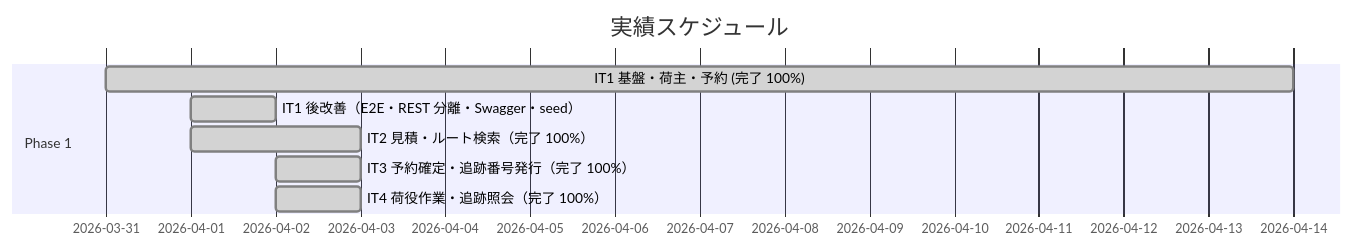
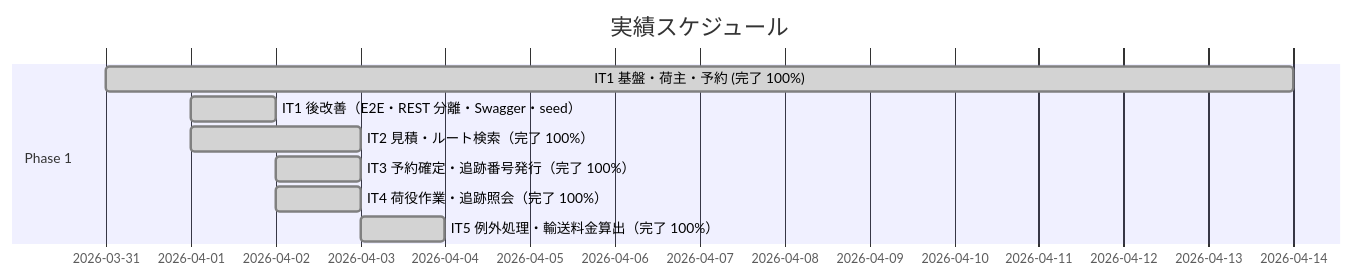
Before and after one commit to k2works/case-study-cargo-tracker: the second of 3 diagrams in docs/development/release_plan.md, drawn with Mermaid. The commit also changed other lines of this file and 1 other file, not shown here.

````diff
--- a/docs/development/release_plan.md
+++ b/docs/development/release_plan.md
@@ -162,12 +162,13 @@
 ```mermaid
 gantt
     title 実績スケジュール
     dateFormat  YYYY-MM-DD
     section Phase 1
     IT1 基盤・荷主・予約 (完了 100%)   :done, it1a, 2026-03-31, 14d
     IT1 後改善（E2E・REST 分離・Swagger・seed） :done, it1b, 2026-04-01, 1d
     IT2 見積・ルート検索（完了 100%）            :done, it2a, 2026-04-01, 2d
     IT3 予約確定・追跡番号発行（完了 100%）      :done, it3a, 2026-04-02, 1d
     IT4 荷役作業・追跡照会（完了 100%）              :done, it4a, 2026-04-02, 1d
+    IT5 例外処理・輸送料金算出（完了 100%）          :done, it5a, 2026-04-03, 1d
     section Phase 2
 ```
````
